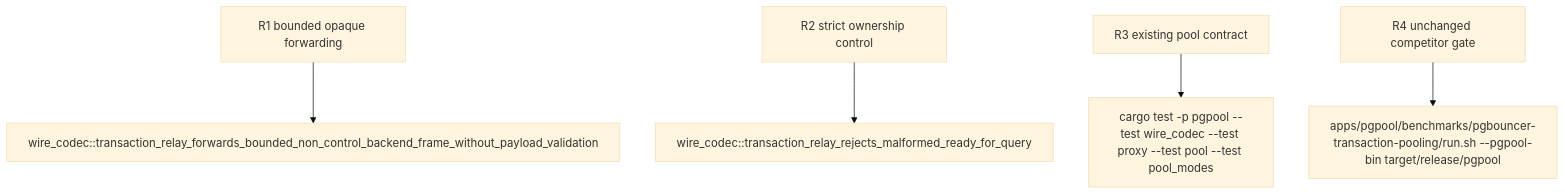
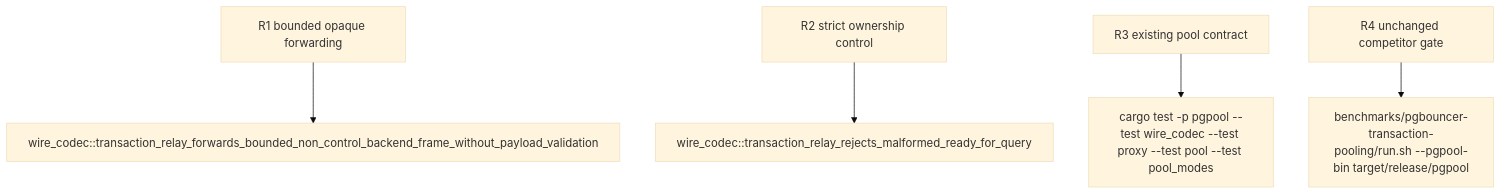
The second of 2 diagrams in tech-design/logic/relay-transaction-backend-frames-opaque-except-readyforquery.md (faberline/pgpool), drawn with Mermaid (base theme) before and after one commit. The commit also changed other lines of this file and 120 other files, not shown here.

````diff
--- a/tech-design/logic/relay-transaction-backend-frames-opaque-except-readyforquery.md
+++ b/tech-design/logic/relay-transaction-backend-frames-opaque-except-readyforquery.md
@@ -106,35 +106,35 @@
 ```mermaid
 ---
 id: pgpool-opaque-backend-transaction-relay-verification
 requirements:
   bounded_opaque_forwarding:
     id: R1
     text: "A legal bounded non-ReadyForQuery backend frame is emitted as its exact raw bytes even when its payload would fail the typed result decoder."
     kind: regression
     risk: high
     verify: wire_codec::transaction_relay_forwards_bounded_non_control_backend_frame_without_payload_validation
   existing_pool_contract:
     id: R3
     text: "Pool reset/reuse, pipeline isolation, and transaction-mode ownership remain clean across the changed relay reader."
     kind: integration
     risk: high
     verify: cargo test -p pgpool --test wire_codec --test proxy --test pool --test pool_modes
   strict_ownership_control:
     id: R2
     text: "Only an exactly valid ReadyForQuery status updates TransactionStatus; malformed control payloads stay fatal before reuse."
     kind: regression
     risk: high
     verify: wire_codec::transaction_relay_rejects_malformed_ready_for_query
   unchanged_competitor_gate:
     id: R4
     text: "The release comparison uses its fixed 64-client/16-backend/simple/30-second workload; meter remains diagnostic and any first valid loss is a no-go revert."
     kind: integration
     risk: high
-    verify: apps/pgpool/benchmarks/pgbouncer-transaction-pooling/run.sh --pgpool-bin target/release/pgpool
+    verify: benchmarks/pgbouncer-transaction-pooling/run.sh --pgpool-bin target/release/pgpool
 ---
 flowchart TD
     r1[R1 bounded opaque forwarding] --> wire_codec_transaction_relay_forwards_bounded_non_control_backend_frame_without_payload_validation[wire_codec::transaction_relay_forwards_bounded_non_control_backend_frame_without_payload_validation]
     r2[R2 strict ownership control] --> wire_codec_transaction_relay_rejects_malformed_ready_for_query[wire_codec::transaction_relay_rejects_malformed_ready_for_query]
     r3[R3 existing pool contract] --> cargo_test_p_pgpool_test_wire_codec_test_proxy_test_pool_test_pool_modes[cargo test -p pgpool --test wire_codec --test proxy --test pool --test pool_modes]
-    r4[R4 unchanged competitor gate] --> apps_pgpool_benchmarks_pgbouncer_transaction_pooling_run_sh_pgpool_bin_target_release_pgpool[apps/pgpool/benchmarks/pgbouncer-transaction-pooling/run.sh --pgpool-bin target/release/pgpool]
+    r4[R4 unchanged competitor gate] --> apps_pgpool_benchmarks_pgbouncer_transaction_pooling_run_sh_pgpool_bin_target_release_pgpool[benchmarks/pgbouncer-transaction-pooling/run.sh --pgpool-bin target/release/pgpool]
 ```
````
